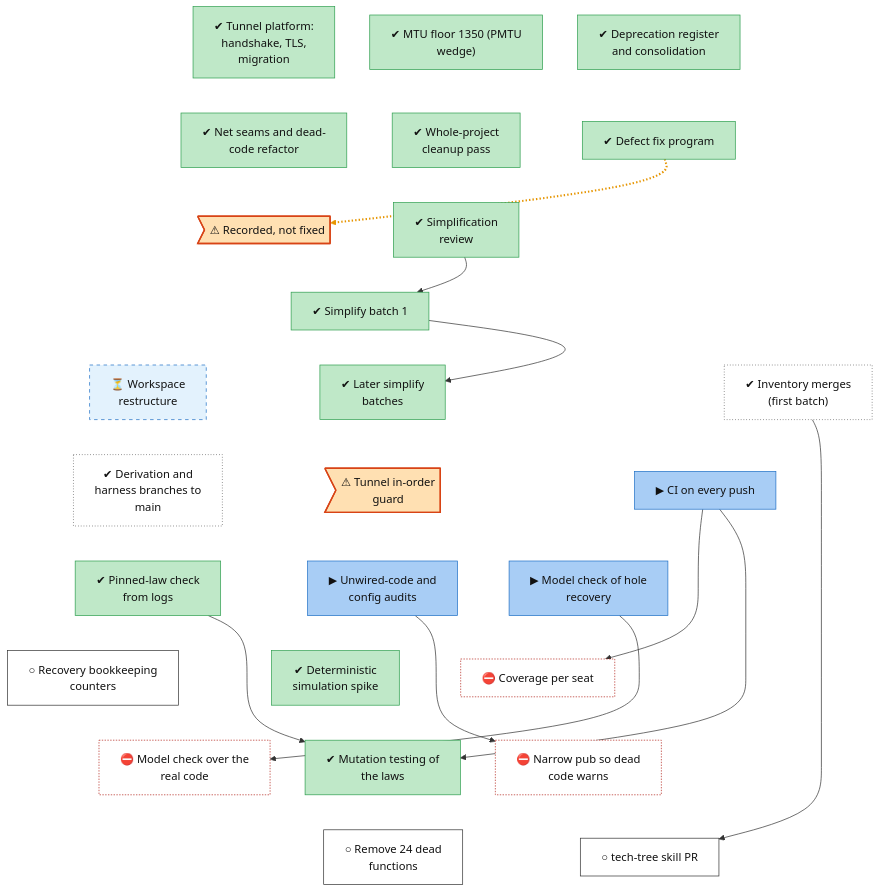
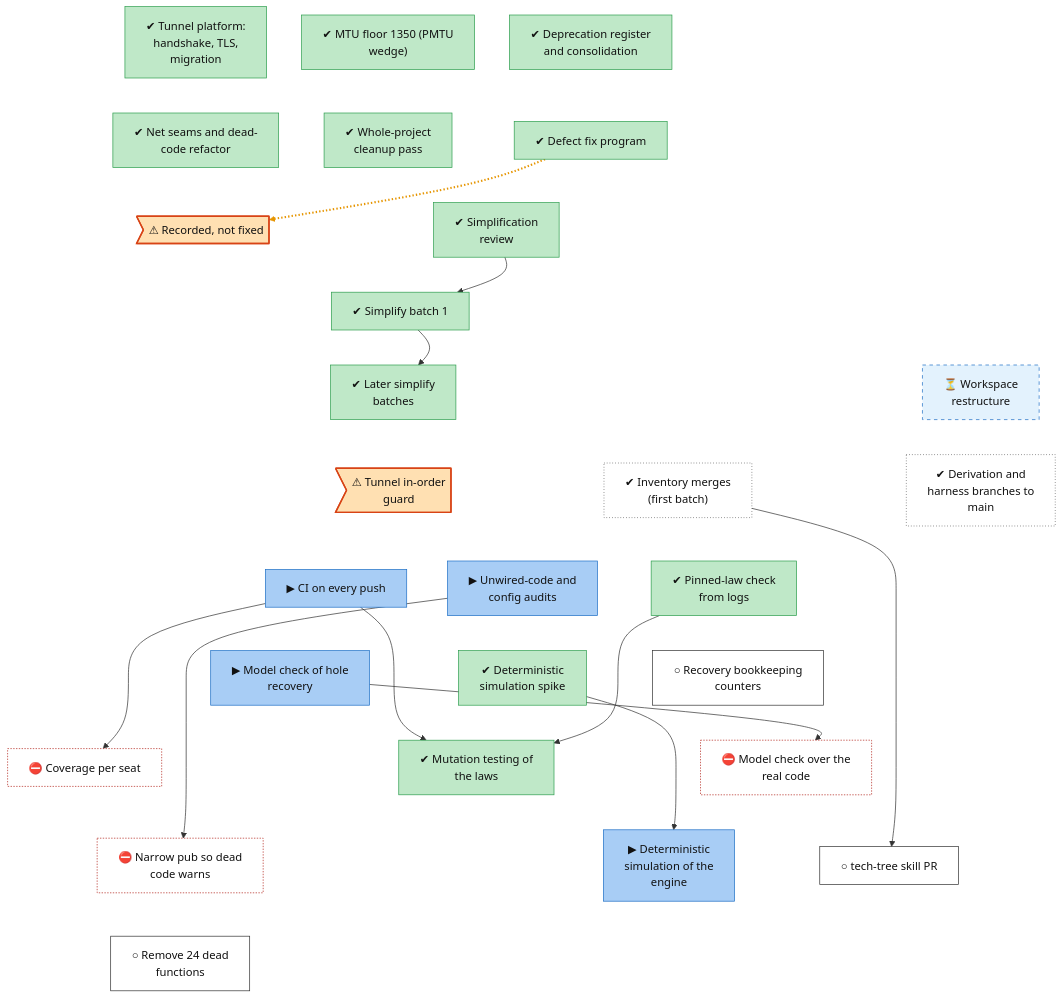
The diagram in docs/roadmap/tracks/infra.md (lhns/raptorpath), drawn with Mermaid before and after one commit. The commit also changed other lines of this file and 3 other files, not shown here.

Commit message:
roadmap: deterministic simulation phase 1 on main (byte-identical release binary); phase 2 owed

````diff
--- a/docs/roadmap/tracks/infra.md
+++ b/docs/roadmap/tracks/infra.md
@@ -33,6 +33,7 @@
     infra_test_mutation["✔ Mutation testing of<br/>the laws"]
     infra_test_model_real_decisions["⛔ Model check over the<br/>real code"]
     infra_test_pub_narrowing["⛔ Narrow pub so dead<br/>code warns"]
+    infra_test_sim_engine["▶ Deterministic<br/>simulation of the<br/>engine"]
     infra_tech_tree_skill["○ tech-tree skill PR"]
     infra_dead_code_batch["○ Remove 24 dead<br/>functions"]
     infra_early_platform ~~~ infra_net_seams
@@ -58,8 +59,8 @@
     infra_test_sim_spike ~~~ infra_test_mutation
     infra_test_recovery_counters ~~~ infra_test_model_real_decisions
     infra_test_seat_coverage ~~~ infra_test_pub_narrowing
-    infra_test_mutation ~~~ infra_tech_tree_skill
-    infra_test_model_real_decisions ~~~ infra_dead_code_batch
+    infra_test_mutation ~~~ infra_test_sim_engine
+    infra_test_model_real_decisions ~~~ infra_tech_tree_skill
     infra_test_pub_narrowing ~~~ infra_dead_code_batch
     infra_fix_program -.-> infra_defect_recorded_not_fixed
     infra_simplify_review --> infra_simplify_batch1
@@ -69,6 +70,7 @@
     infra_test_pinned_law_check --> infra_test_mutation
     infra_test_recovery_model --> infra_test_model_real_decisions
     infra_test_static_audits --> infra_test_pub_narrowing
+    infra_test_sim_spike --> infra_test_sim_engine
     infra_inventory_merges --> infra_tech_tree_skill
     linkStyle 26 stroke:#e69500,stroke-width:3px,stroke-dasharray:2 3
     classDef vsucc fill:#2e9e4f,stroke:#1b6b34,color:#fff
@@ -88,7 +90,7 @@
     class infra_defect_recorded_not_fixed,infra_tunnel_inorder_guard defect
     class infra_restructure waiting
     class infra_inventory_merges,infra_derivation_merges unrated
-    class infra_test_ci_gate,infra_test_static_audits,infra_test_recovery_model inprog
+    class infra_test_ci_gate,infra_test_static_audits,infra_test_recovery_model,infra_test_sim_engine inprog
     class infra_test_recovery_counters,infra_tech_tree_skill,infra_dead_code_batch next
     class infra_test_seat_coverage,infra_test_model_real_decisions,infra_test_pub_narrowing blocked
 ```
````
